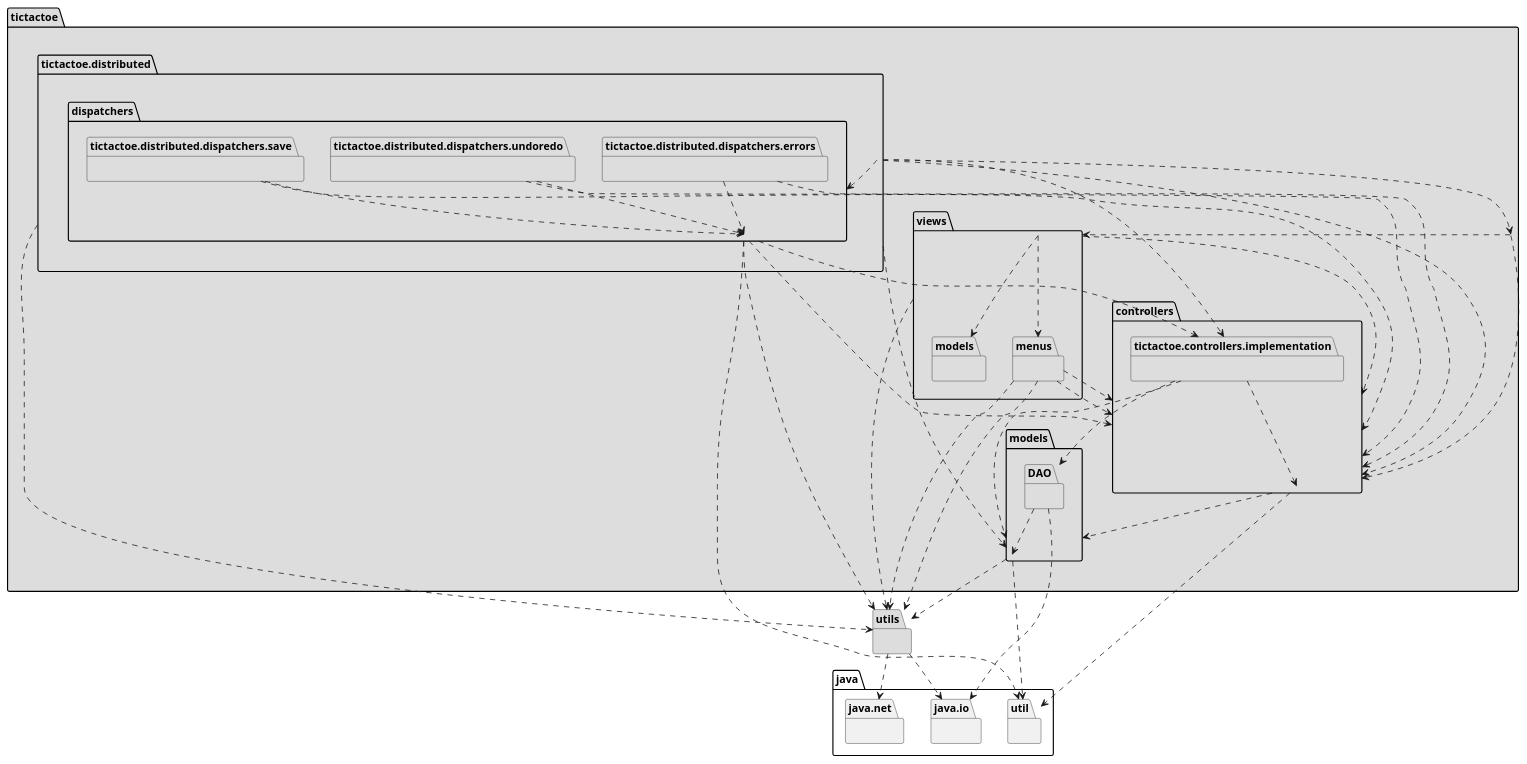
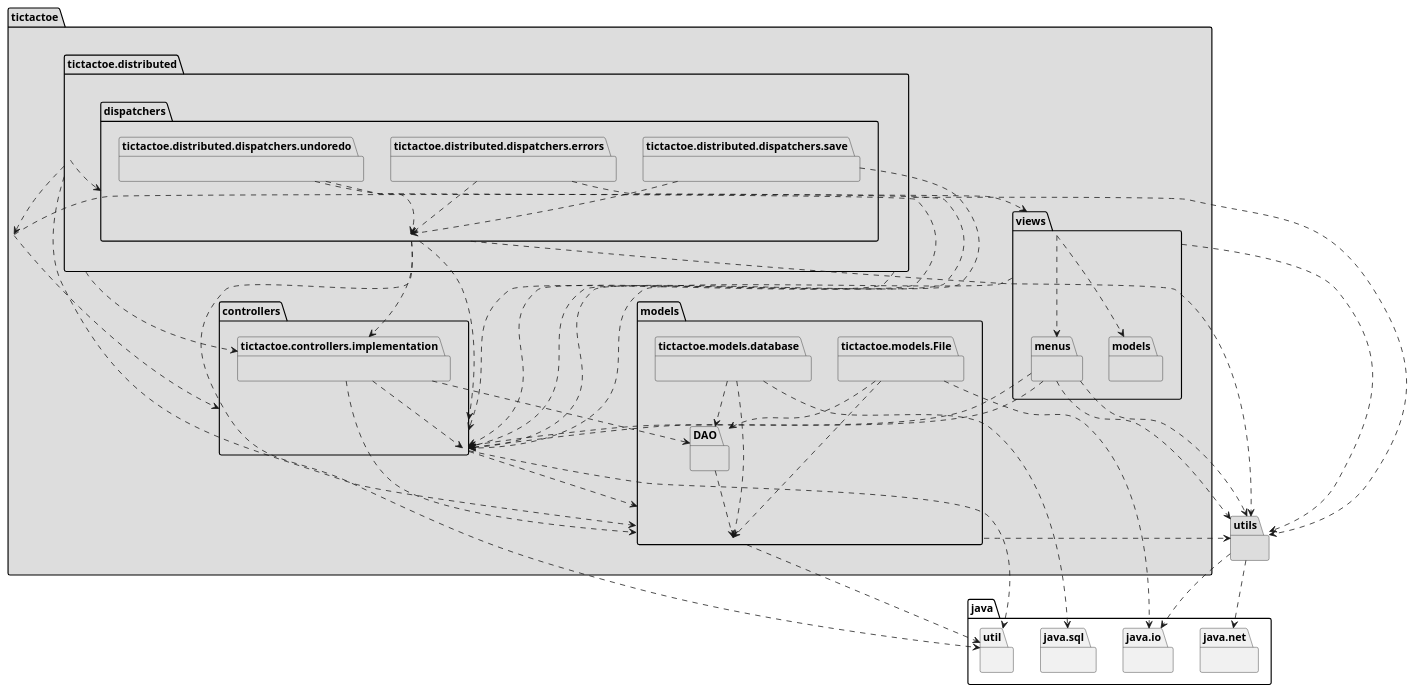
Before and after one commit to x-USantaTecla-game-ticTacToe/java: the first of 6 diagrams in docs/src/docs/asciidoc/index.adoc, drawn with PlantUML. The commit also changed other lines of this file and 61 other files, not shown here.

```diff
--- a/docs/src/docs/asciidoc/index.adoc
+++ b/docs/src/docs/asciidoc/index.adoc
@@ -34,73 +34,83 @@
-[plantuml,arquitecturaVersion12,svg]
+[plantuml,arquitecturaVersion13,svg]
 ....
 
 package tictactoe #DDDDDD { } 
 tictactoe .down.> tictactoe.views
 tictactoe .down.> tictactoe.controllers
 
 package tictactoe.controllers #DDDDDD { } 
 tictactoe.controllers .down.> tictactoe.models
 tictactoe.controllers .down.> java.util
 
 package tictactoe.controllers.implementation #DDDDDD { } 
 tictactoe.controllers.implementation .down.> tictactoe.controllers
 tictactoe.controllers.implementation .down.> tictactoe.models
 tictactoe.controllers.implementation .down.> tictactoe.models.DAO
 
 package tictactoe.distributed #DDDDDD { } 
 tictactoe.distributed .down.> tictactoe.distributed.dispatchers
 tictactoe.distributed .down.> tictactoe.controllers.implementation
 tictactoe.distributed .down.> tictactoe
 tictactoe.distributed .down.> tictactoe.models
 tictactoe.distributed .down.> tictactoe.controllers
 tictactoe.distributed .down.> utils
 
 package tictactoe.distributed.dispatchers #DDDDDD { } 
 tictactoe.distributed.dispatchers .down.> tictactoe.controllers
 tictactoe.distributed.dispatchers .down.> tictactoe.controllers.implementation
 tictactoe.distributed.dispatchers .down.> utils
 tictactoe.distributed.dispatchers .down.> java.util
 
 package tictactoe.distributed.dispatchers.errors #DDDDDD { } 
 tictactoe.distributed.dispatchers.errors .down.> tictactoe.distributed.dispatchers
 tictactoe.distributed.dispatchers.errors .down.> tictactoe.controllers
 
 package tictactoe.distributed.dispatchers.save #DDDDDD { } 
 tictactoe.distributed.dispatchers.save .down.> tictactoe.distributed.dispatchers
 tictactoe.distributed.dispatchers.save .down.> tictactoe.controllers
 
 package tictactoe.distributed.dispatchers.undoredo #DDDDDD { } 
 tictactoe.distributed.dispatchers.undoredo .down.> tictactoe.distributed.dispatchers
 tictactoe.distributed.dispatchers.undoredo .down.> tictactoe.controllers
 
 package tictactoe.models #DDDDDD { }
 package java.util{ }
 tictactoe.models .down.> java.util
 tictactoe.models .down.> utils
 
 package tictactoe.models.DAO #DDDDDD { }
+tictactoe.models.DAO .down.> tictactoe.models
+
+package tictactoe.models.database #DDDDDD { }
+package java.sql{ }
+tictactoe.models.database .down.> tictactoe.models
+tictactoe.models.database .down.> tictactoe.models.DAO
+tictactoe.models.database .down.> java.sql
+
+package tictactoe.models.File #DDDDDD { }
 package java.io{ }
-tictactoe.models.DAO .down.> tictactoe.models
-tictactoe.models.DAO .down.> java.io
+tictactoe.models.File .down.> tictactoe.models
+tictactoe.models.File .down.> tictactoe.models.DAO
+tictactoe.models.File .down.> java.io
 
 package utils #DDDDDD { } 
 package java.io{ }
 utils .down.> java.io
 package java.net{ }
 utils .down.> java.net
 
 package tictactoe.views #DDDDDD { } 
 tictactoe.views .down.> tictactoe.controllers
 tictactoe.views .down.> utils
 tictactoe.views ..> tictactoe.views.menus
 tictactoe.views ..> tictactoe.views.models
 
 package tictactoe.views.menus #DDDDDD { } 
 tictactoe.views.menus .down.> tictactoe.controllers
 tictactoe.views.menus .down.> utils
 
 package tictactoe.views.models #DDDDDD { } 
 tictactoe.views.menus .down.> tictactoe.controllers
 tictactoe.views.menus .down.> utils
 
 ....
```
